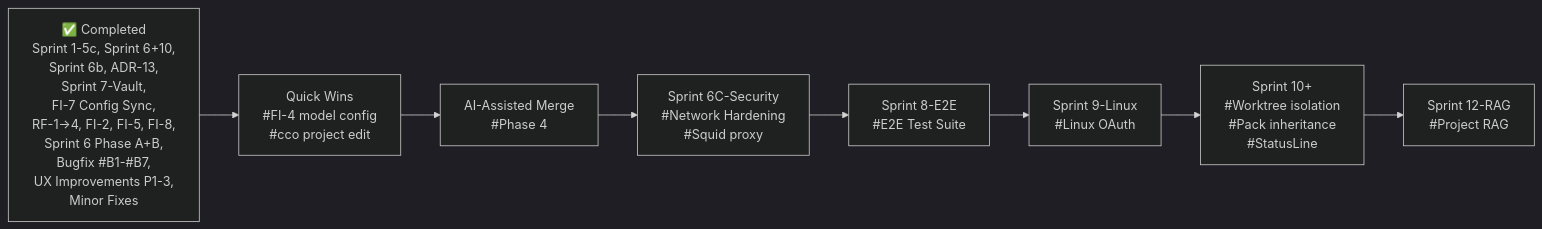
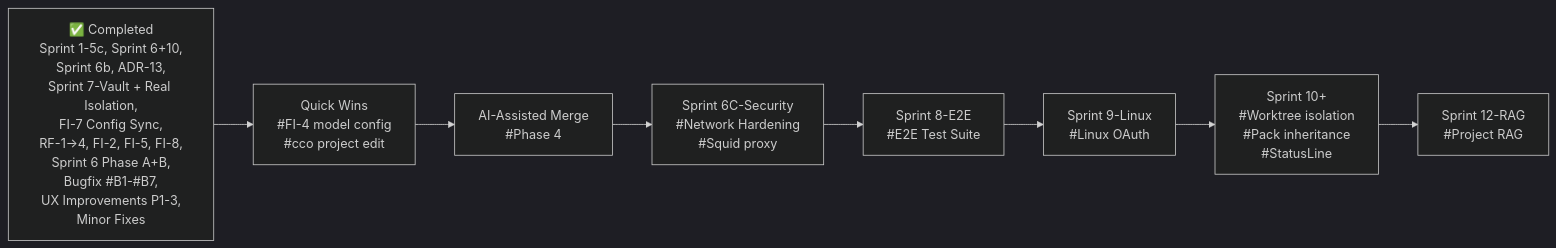
One commit to alergyonthestage/claude-orchestrator changed the diagram in docs/maintainer/decisions/roadmap.md. Above: the diagram before and after it, drawn with Mermaid (dark theme). The commit also changed other lines of this file and 4 other files, not shown here.

First line of the commit message:
docs: update vault documentation for real isolation

````diff
--- a/docs/maintainer/decisions/roadmap.md
+++ b/docs/maintainer/decisions/roadmap.md
@@ -48,20 +48,20 @@
 ```mermaid
 graph LR
-    DONE["✅ Completed<br/>Sprint 1-5c, Sprint 6+10,<br/>Sprint 6b, ADR-13,<br/>Sprint 7-Vault,<br/>FI-7 Config Sync,<br/>RF-1→4, FI-2, FI-5, FI-8,<br/>Sprint 6 Phase A+B,<br/>Bugfix #B1-#B7,<br/>UX Improvements P1-3,<br/>Minor Fixes"]
+    DONE["✅ Completed<br/>Sprint 1-5c, Sprint 6+10,<br/>Sprint 6b, ADR-13,<br/>Sprint 7-Vault + Real Isolation,<br/>FI-7 Config Sync,<br/>RF-1→4, FI-2, FI-5, FI-8,<br/>Sprint 6 Phase A+B,<br/>Bugfix #B1-#B7,<br/>UX Improvements P1-3,<br/>Minor Fixes"]
 
     QW["Quick Wins<br/>#FI-4 model config<br/>#cco project edit"]
     AIM["AI-Assisted Merge<br/>#Phase 4"]
     S6S["Sprint 6C-Security<br/>#Network Hardening<br/>#Squid proxy"]
     S8E["Sprint 8-E2E<br/>#E2E Test Suite"]
     S9L["Sprint 9-Linux<br/>#Linux OAuth"]
     S10["Sprint 10+<br/>#Worktree isolation<br/>#Pack inheritance<br/>#StatusLine"]
     S12R["Sprint 12-RAG<br/>#Project RAG"]
 
     DONE --> QW
     QW --> AIM
     AIM --> S6S
     S6S --> S8E
     S8E --> S9L
     S9L --> S10
     S10 --> S12R
 ```
````
